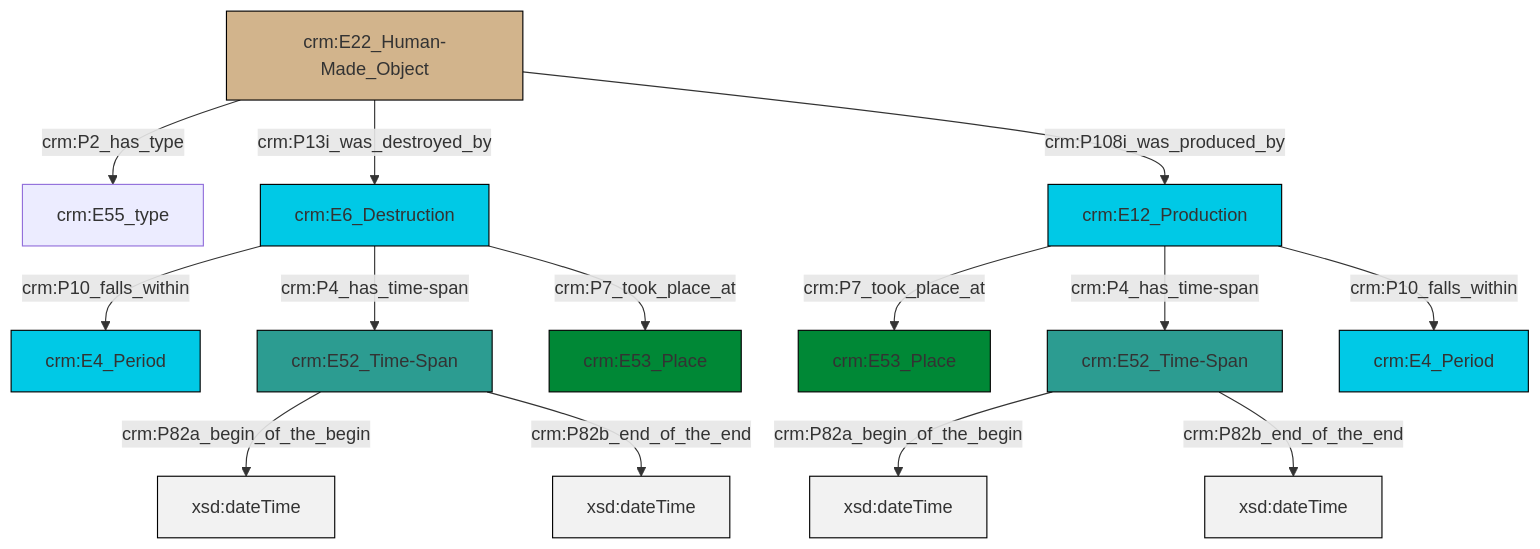
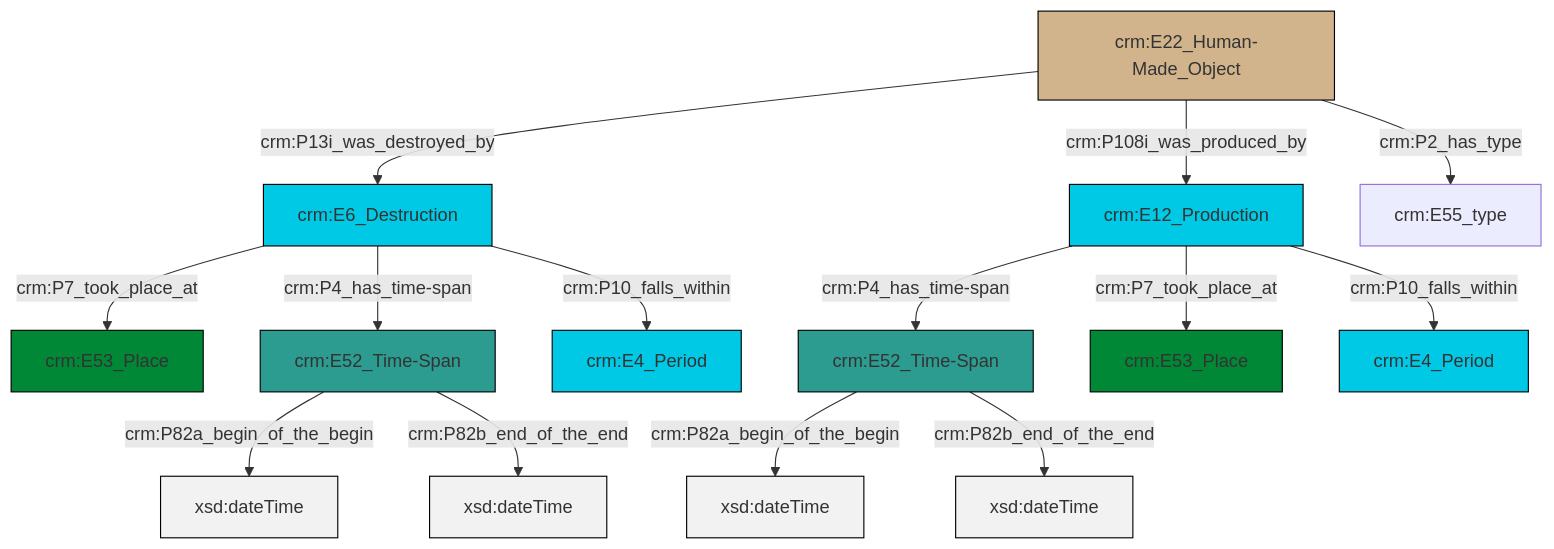
One commit to swiss-art-research-net/reference-data-models changed the diagram in et/artworkCSV/ttl/mmd/Artwork_Existence.ttl.mmd. Above: the diagram before and after it, drawn with Mermaid. The commit also changed 131 other files, not shown here.

```diff
--- a/et/artworkCSV/ttl/mmd/Artwork_Existence.ttl.mmd
+++ b/et/artworkCSV/ttl/mmd/Artwork_Existence.ttl.mmd
@@ -1,28 +1,28 @@
 graph TD
 classDef Literal fill:#f2f2f2,stroke:#000000;
 classDef CRM_Entity fill:#FFFFFF,stroke:#000000;
 classDef Temporal_Entity fill:#00C9E6, stroke:#000000;
 classDef Type fill:#E18312, stroke:#000000;
 classDef Time-Span fill:#2C9C91, stroke:#000000;
 classDef Appellation fill:#FFEB7F, stroke:#000000;
 classDef Place fill:#008836, stroke:#000000;
 classDef Persistent_Item fill:#B266B2, stroke:#000000;
 classDef Conceptual_Object fill:#FFD700, stroke:#000000;
 classDef Physical_Thing fill:#D2B48C, stroke:#000000;
 classDef Actor fill:#f58aad, stroke:#000000;
 classDef PC_Classes fill:#4ce600, stroke:#000000;
 classDef Multi fill:#cccccc,stroke:#000000;
 
-2["crm:E6_Destruction"]:::Temporal_Entity -->|crm:P10_falls_within| 3["crm:E4_Period"]:::Temporal_Entity
-4["crm:E52_Time-Span"]:::Time-Span -->|crm:P82a_begin_of_the_begin| 5[xsd:dateTime]:::Literal
-2["crm:E6_Destruction"]:::Temporal_Entity -->|crm:P4_has_time-span| 4["crm:E52_Time-Span"]:::Time-Span
-6["crm:E52_Time-Span"]:::Time-Span -->|crm:P82a_begin_of_the_begin| 7[xsd:dateTime]:::Literal
-9["crm:E12_Production"]:::Temporal_Entity -->|crm:P7_took_place_at| 10["crm:E53_Place"]:::Place
-6["crm:E52_Time-Span"]:::Time-Span -->|crm:P82b_end_of_the_end| 11[xsd:dateTime]:::Literal
-13["crm:E22_Human-Made_Object"]:::Physical_Thing -->|crm:P2_has_type| 14["crm:E55_type"]:::Default
-9["crm:E12_Production"]:::Temporal_Entity -->|crm:P4_has_time-span| 6["crm:E52_Time-Span"]:::Time-Span
-2["crm:E6_Destruction"]:::Temporal_Entity -->|crm:P7_took_place_at| 16["crm:E53_Place"]:::Place
-9["crm:E12_Production"]:::Temporal_Entity -->|crm:P10_falls_within| 0["crm:E4_Period"]:::Temporal_Entity
-4["crm:E52_Time-Span"]:::Time-Span -->|crm:P82b_end_of_the_end| 19[xsd:dateTime]:::Literal
-13["crm:E22_Human-Made_Object"]:::Physical_Thing -->|crm:P13i_was_destroyed_by| 2["crm:E6_Destruction"]:::Temporal_Entity
-13["crm:E22_Human-Made_Object"]:::Physical_Thing -->|crm:P108i_was_produced_by| 9["crm:E12_Production"]:::Temporal_Entity
+0["crm:E12_Production"]:::Temporal_Entity -->|crm:P4_has_time-span| 1["crm:E52_Time-Span"]:::Time-Span
+2["crm:E52_Time-Span"]:::Time-Span -->|crm:P82a_begin_of_the_begin| 3[xsd:dateTime]:::Literal
+5["crm:E6_Destruction"]:::Temporal_Entity -->|crm:P7_took_place_at| 6["crm:E53_Place"]:::Place
+5["crm:E6_Destruction"]:::Temporal_Entity -->|crm:P4_has_time-span| 2["crm:E52_Time-Span"]:::Time-Span
+0["crm:E12_Production"]:::Temporal_Entity -->|crm:P7_took_place_at| 9["crm:E53_Place"]:::Place
+10["crm:E22_Human-Made_Object"]:::Physical_Thing -->|crm:P13i_was_destroyed_by| 5["crm:E6_Destruction"]:::Temporal_Entity
+0["crm:E12_Production"]:::Temporal_Entity -->|crm:P10_falls_within| 14["crm:E4_Period"]:::Temporal_Entity
+2["crm:E52_Time-Span"]:::Time-Span -->|crm:P82b_end_of_the_end| 15[xsd:dateTime]:::Literal
+1["crm:E52_Time-Span"]:::Time-Span -->|crm:P82a_begin_of_the_begin| 16[xsd:dateTime]:::Literal
+10["crm:E22_Human-Made_Object"]:::Physical_Thing -->|crm:P108i_was_produced_by| 0["crm:E12_Production"]:::Temporal_Entity
+5["crm:E6_Destruction"]:::Temporal_Entity -->|crm:P10_falls_within| 11["crm:E4_Period"]:::Temporal_Entity
+10["crm:E22_Human-Made_Object"]:::Physical_Thing -->|crm:P2_has_type| 7["crm:E55_type"]:::Default
+1["crm:E52_Time-Span"]:::Time-Span -->|crm:P82b_end_of_the_end| 21[xsd:dateTime]:::Literal
```
